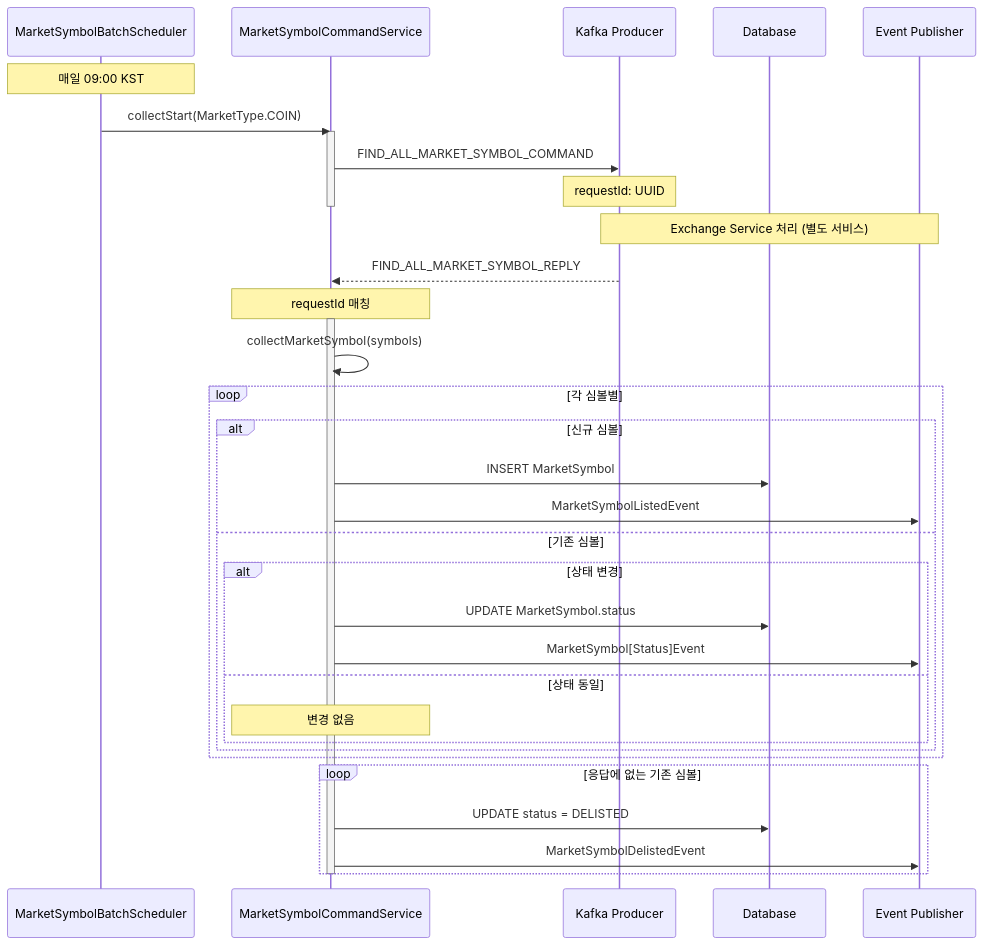
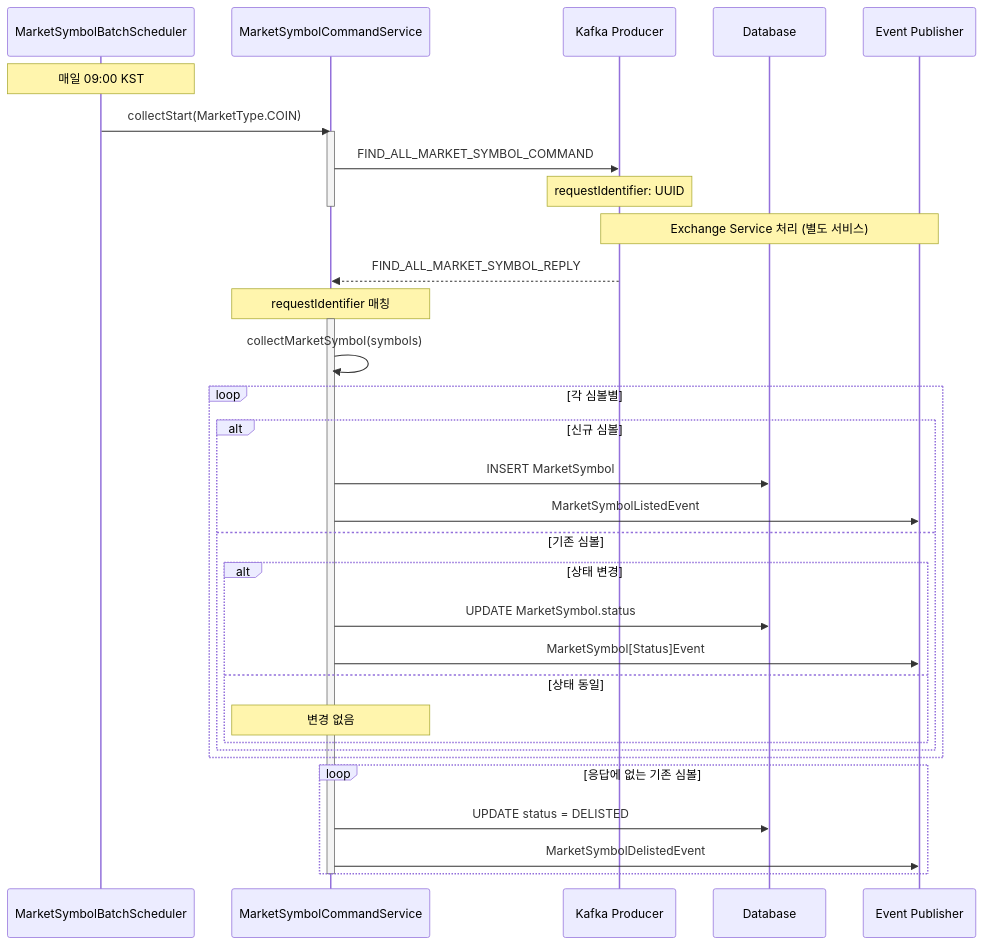
Before and after one commit to Trade-Pilot/.github: the first of 17 diagrams in backend/market/sequence-diagram.md, drawn with Mermaid. The commit also changed other lines of this file and 17 other files, not shown here.

````diff
--- a/backend/market/sequence-diagram.md
+++ b/backend/market/sequence-diagram.md
@@ -11,45 +11,45 @@
 ```mermaid
 sequenceDiagram
     participant Scheduler as MarketSymbolBatchScheduler
     participant Service as MarketSymbolCommandService
     participant Kafka as Kafka Producer
     participant DB as Database
     participant EventPub as Event Publisher
 
     Note over Scheduler: 매일 09:00 KST
     Scheduler->>Service: collectStart(MarketType.COIN)
 
     activate Service
     Service->>Kafka: FIND_ALL_MARKET_SYMBOL_COMMAND
-    Note over Kafka: requestId: UUID
+    Note over Kafka: requestIdentifier: UUID
     deactivate Service
 
     Note over Kafka,EventPub: Exchange Service 처리 (별도 서비스)
 
     Kafka-->>Service: FIND_ALL_MARKET_SYMBOL_REPLY
-    Note over Service: requestId 매칭
+    Note over Service: requestIdentifier 매칭
 
     activate Service
     Service->>Service: collectMarketSymbol(symbols)
 
     loop 각 심볼별
         alt 신규 심볼
             Service->>DB: INSERT MarketSymbol
             Service->>EventPub: MarketSymbolListedEvent
         else 기존 심볼
             alt 상태 변경
                 Service->>DB: UPDATE MarketSymbol.status
                 Service->>EventPub: MarketSymbol[Status]Event
             else 상태 동일
                 Note over Service: 변경 없음
             end
         end
     end
 
     loop 응답에 없는 기존 심볼
         Service->>DB: UPDATE status = DELISTED
         Service->>EventPub: MarketSymbolDelistedEvent
     end
 
     deactivate Service
 ```
````
